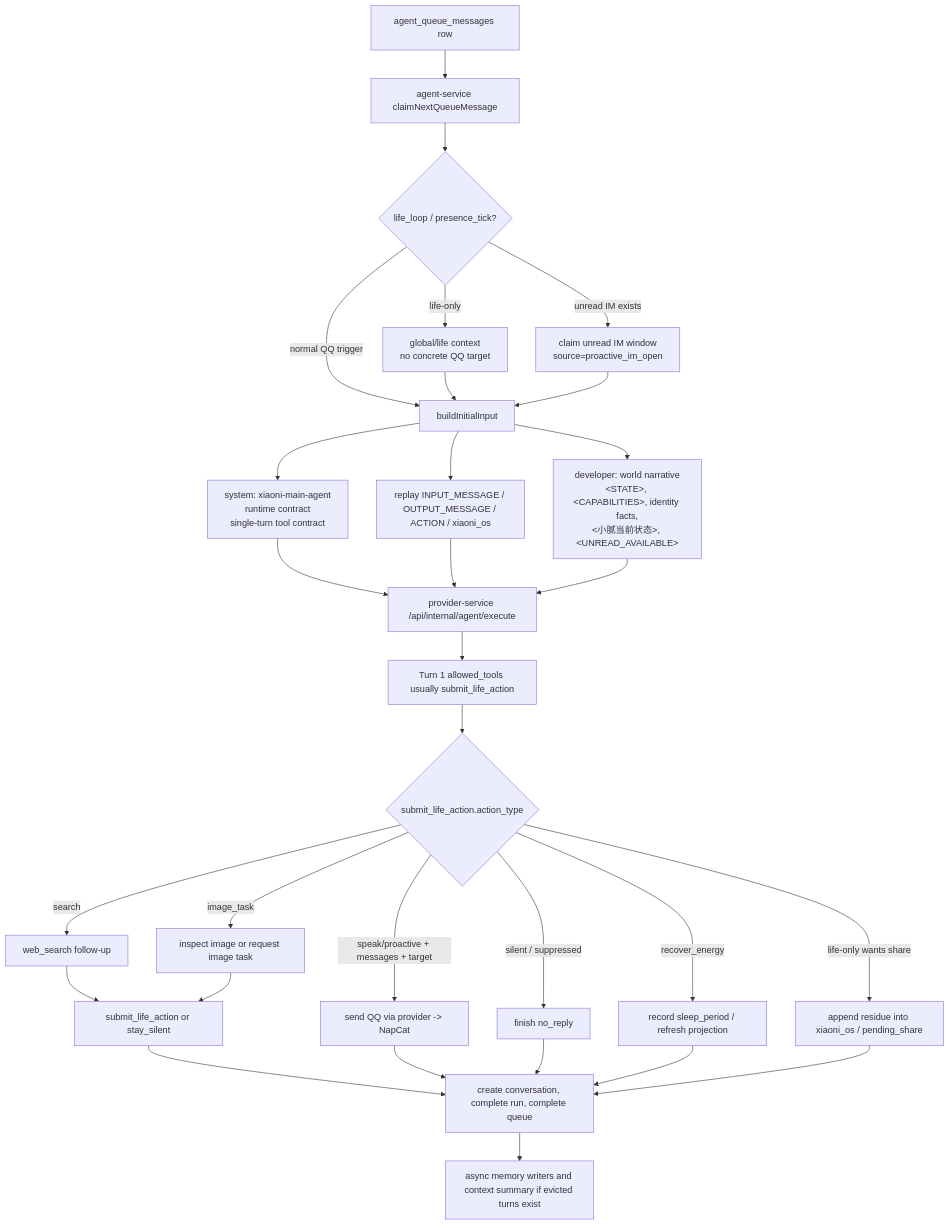
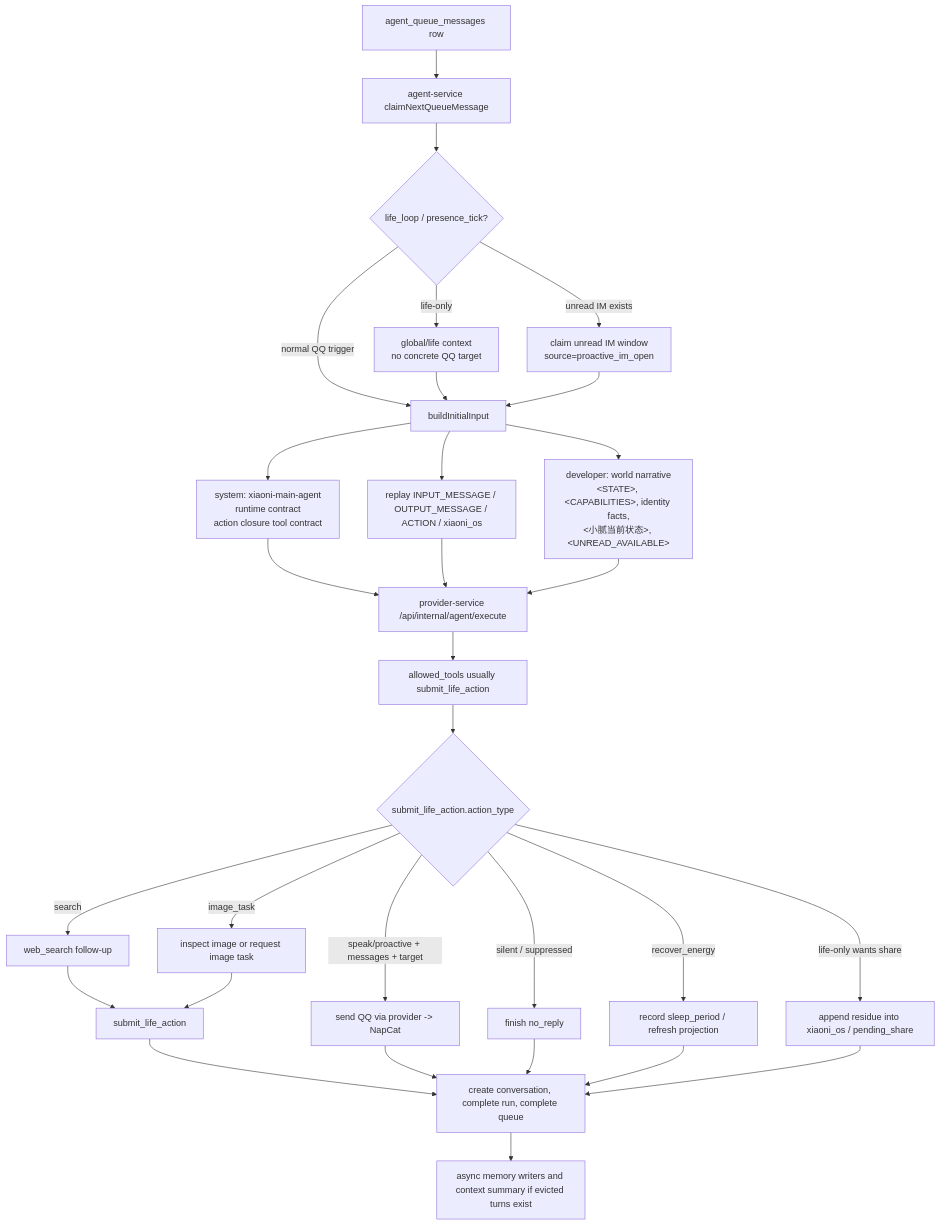
One commit to Hei-AI/xiaoni_cc changed the second of 3 diagrams in docs/XIAONI_RUNTIME_STATE_DIAGRAM.md. Above: the diagram before and after it, drawn with Mermaid. The commit also changed 17 other files, not shown here.

Commit message:
Align Xiaoni runtime tool contract

````diff
--- a/docs/XIAONI_RUNTIME_STATE_DIAGRAM.md
+++ b/docs/XIAONI_RUNTIME_STATE_DIAGRAM.md
@@ -150,34 +150,34 @@
 ```mermaid
 flowchart TD
   Q["agent_queue_messages row"] --> Claim["agent-service claimNextQueueMessage"]
   Claim --> Materialize{"life_loop / presence_tick?"}
   Materialize -->|"normal QQ trigger"| Input["buildInitialInput"]
   Materialize -->|"life-only"| LifeCtx["global/life context<br/>no concrete QQ target"]
   Materialize -->|"unread IM exists"| OpenIM["claim unread IM window<br/>source=proactive_im_open"]
   LifeCtx --> Input
   OpenIM --> Input
 
-  Input --> Prompt["system: xiaoni-main-agent<br/>runtime contract<br/>single-turn tool contract"]
+  Input --> Prompt["system: xiaoni-main-agent<br/>runtime contract<br/>action closure tool contract"]
   Input --> Replay["replay INPUT_MESSAGE / OUTPUT_MESSAGE / ACTION / xiaoni_os"]
   Input --> State["developer: world narrative<br/>&lt;STATE&gt;, &lt;CAPABILITIES&gt;, identity facts,<br/>&lt;小腻当前状态&gt;, &lt;UNREAD_AVAILABLE&gt;"]
   Prompt --> Request["provider-service /api/internal/agent/execute"]
   Replay --> Request
   State --> Request
 
-  Request --> Turn1["Turn 1 allowed_tools usually submit_life_action"]
-  Turn1 --> Action{"submit_life_action.action_type"}
+  Request --> Decision["allowed_tools usually submit_life_action"]
+  Decision --> Action{"submit_life_action.action_type"}
   Action -->|"speak/proactive + messages + target"| Send["send QQ via provider -> NapCat"]
   Action -->|"silent / suppressed"| Silent["finish no_reply"]
   Action -->|"search"| Search["web_search follow-up"]
   Action -->|"image_task"| Img["inspect image or request image task"]
   Action -->|"recover_energy"| Rest["record sleep_period / refresh projection"]
   Action -->|"life-only wants share"| OS["append residue into xiaoni_os / pending_share"]
-  Search --> Close["submit_life_action or stay_silent"]
+  Search --> Close["submit_life_action"]
   Img --> Close
   Close --> Finish["create conversation, complete run, complete queue"]
   Send --> Finish
   Silent --> Finish
   Rest --> Finish
   OS --> Finish
   Finish --> Learn["async memory writers and context summary if evicted turns exist"]
 ```
````
